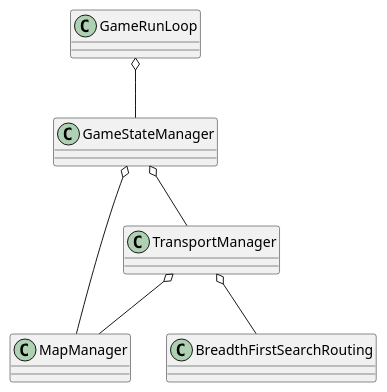
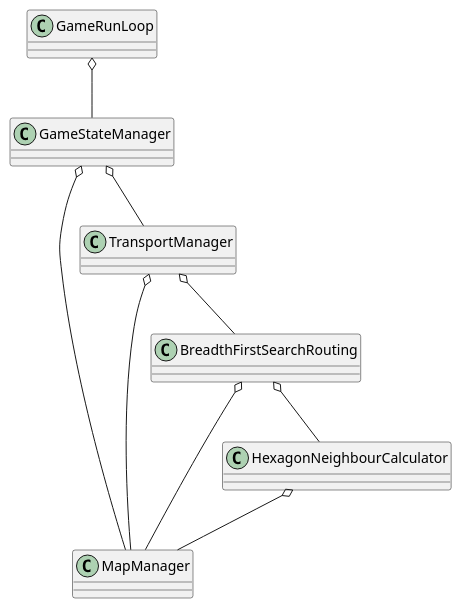
The diagram in Overview.puml (Ti-m/TownshipSurvival), drawn with PlantUML before and after one commit. The commit also changed 13 other files, not shown here.

Commit message:
Refactor: Create own file for HexagonNeighbourCalculator

```diff
--- a/Overview.puml
+++ b/Overview.puml
@@ -1,9 +1,13 @@
 @startuml
 GameRunLoop o-- GameStateManager
 GameStateManager o-- MapManager
 GameStateManager o-- TransportManager
 
 TransportManager o-- MapManager
 TransportManager o-- BreadthFirstSearchRouting
 
+HexagonNeighbourCalculator o-- MapManager
+
+BreadthFirstSearchRouting o-- MapManager
+BreadthFirstSearchRouting o-- HexagonNeighbourCalculator
 @enduml
```
